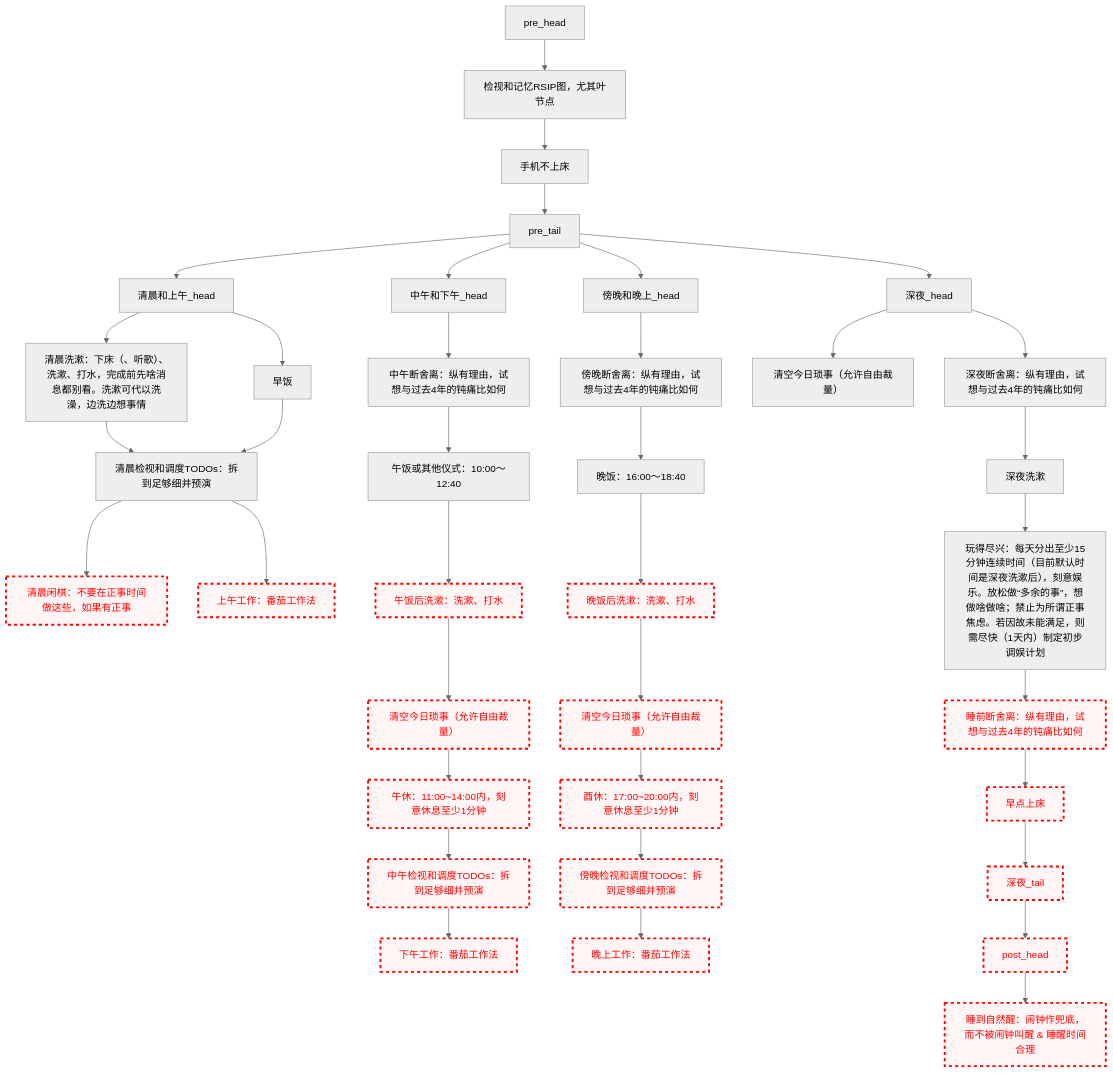
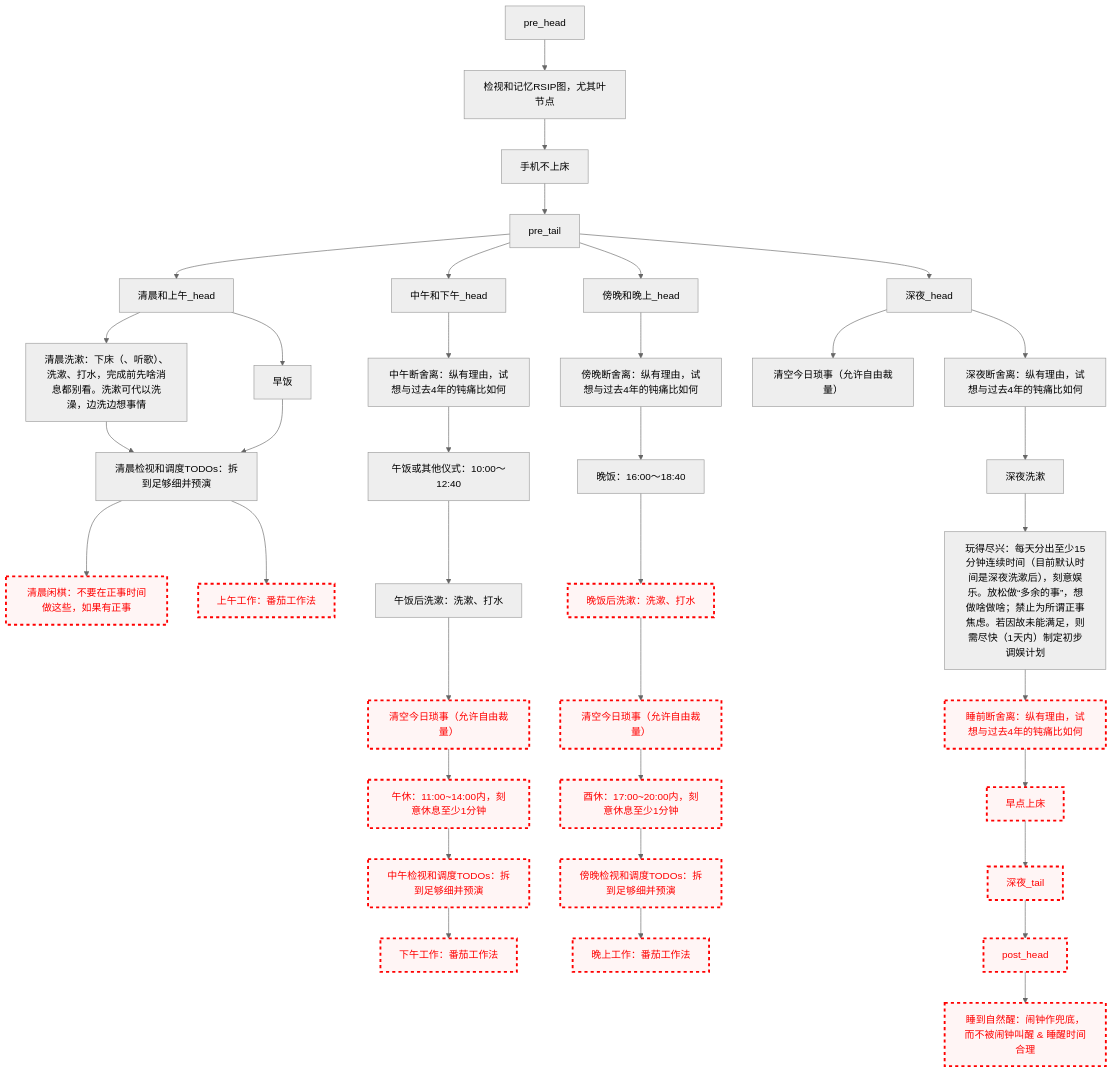
Before and after one commit to Ethkuil/RSIP-tree: the diagram in README.md, drawn with Mermaid (neutral theme).

Commit message:
enable 午饭后洗漱

````diff
--- a/README.md
+++ b/README.md
@@ -21,66 +21,65 @@
 ```mermaid
 graph TD
 
 classDef failed stroke:#ff0000, stroke-width:3px, color:#ff0000, fill:#fff5f5, stroke-dasharray: 5
 
 pre_head --> RSIP[检视和记忆RSIP图，尤其叶节点]
 RSIP --> 手机不上床
 手机不上床 --> pre_tail
 
 
 pre_tail --> 清晨和上午_head
 清晨和上午_head --> 清晨洗漱[清晨洗漱：下床（、听歌）、洗漱、打水，完成前先啥消息都别看。洗漱可代以洗澡，边洗边想事情]
 清晨和上午_head --> 早饭
 清晨洗漱 --> 清晨看TODO[清晨检视和调度TODOs：拆到足够细并预演]
 早饭 --> 清晨看TODO
 清晨看TODO --> 清晨闲棋[清晨闲棋：不要在正事时间做这些，如果有正事]
 class 清晨闲棋 failed
 清晨看TODO --> 上午工作[上午工作：番茄工作法]
 class 上午工作 failed
 
 pre_tail --> 中午和下午_head
 中午和下午_head --> 中午断舍离[中午断舍离：纵有理由，试想与过去4年的钝痛比如何]
 中午断舍离 --> 午饭[午饭或其他仪式：10:00～12:40]
 午饭 --> 午饭后洗漱[午饭后洗漱：洗漱、打水]
-class 午饭后洗漱 failed
 午饭后洗漱 --> 中午今日琐事[清空今日琐事（允许自由裁量）]
 class 中午今日琐事 failed
 中午今日琐事 --> 午休[午休：11:00~14:00内，刻意休息至少1分钟]
 class 午休 failed
 午休 --> 中午看TODO[中午检视和调度TODOs：拆到足够细并预演]
 class 中午看TODO failed
 中午看TODO --> 下午工作[下午工作：番茄工作法]
 class 下午工作 failed
 
 pre_tail --> 傍晚和晚上_head
 傍晚和晚上_head --> 傍晚断舍离[傍晚断舍离：纵有理由，试想与过去4年的钝痛比如何]
 傍晚断舍离 --> 晚饭[晚饭：16:00～18:40]
 晚饭 --> 晚饭后洗漱[晚饭后洗漱：洗漱、打水]
 class 晚饭后洗漱 failed
 晚饭后洗漱 --> 傍晚今日琐事[清空今日琐事（允许自由裁量）]
 class 傍晚今日琐事 failed
 傍晚今日琐事 --> 酉休[酉休：17:00~20:00内，刻意休息至少1分钟]
 class 酉休 failed
 酉休 --> 傍晚看TODO[傍晚检视和调度TODOs：拆到足够细并预演]
 class 傍晚看TODO failed
 傍晚看TODO --> 晚上工作[晚上工作：番茄工作法]
 class 晚上工作 failed
 
 pre_tail --> 深夜_head
 深夜_head --> 深夜今日琐事[清空今日琐事（允许自由裁量）]
 深夜_head --> 深夜断舍离[深夜断舍离：纵有理由，试想与过去4年的钝痛比如何]
 深夜断舍离 --> 深夜洗漱
 深夜洗漱 --> 玩得尽兴[玩得尽兴：每天分出至少15分钟连续时间（目前默认时间是深夜洗漱后），刻意娱乐。放松做“多余的事”，想做啥做啥；禁止为所谓正事焦虑。若因故未能满足，则需尽快（1天内）制定初步调娱计划]
 玩得尽兴 --> 睡前断舍离[睡前断舍离：纵有理由，试想与过去4年的钝痛比如何]
 class 睡前断舍离 failed
 睡前断舍离 --> 早点上床
 class 早点上床 failed
 早点上床 --> 深夜_tail
 class 深夜_tail failed
 
 
 深夜_tail --> post_head
 class post_head failed
 post_head --> 睡到自然醒[睡到自然醒：闹钟作兜底，而不被闹钟叫醒 & 睡醒时间合理]
 class 睡到自然醒 failed
 ```
````
